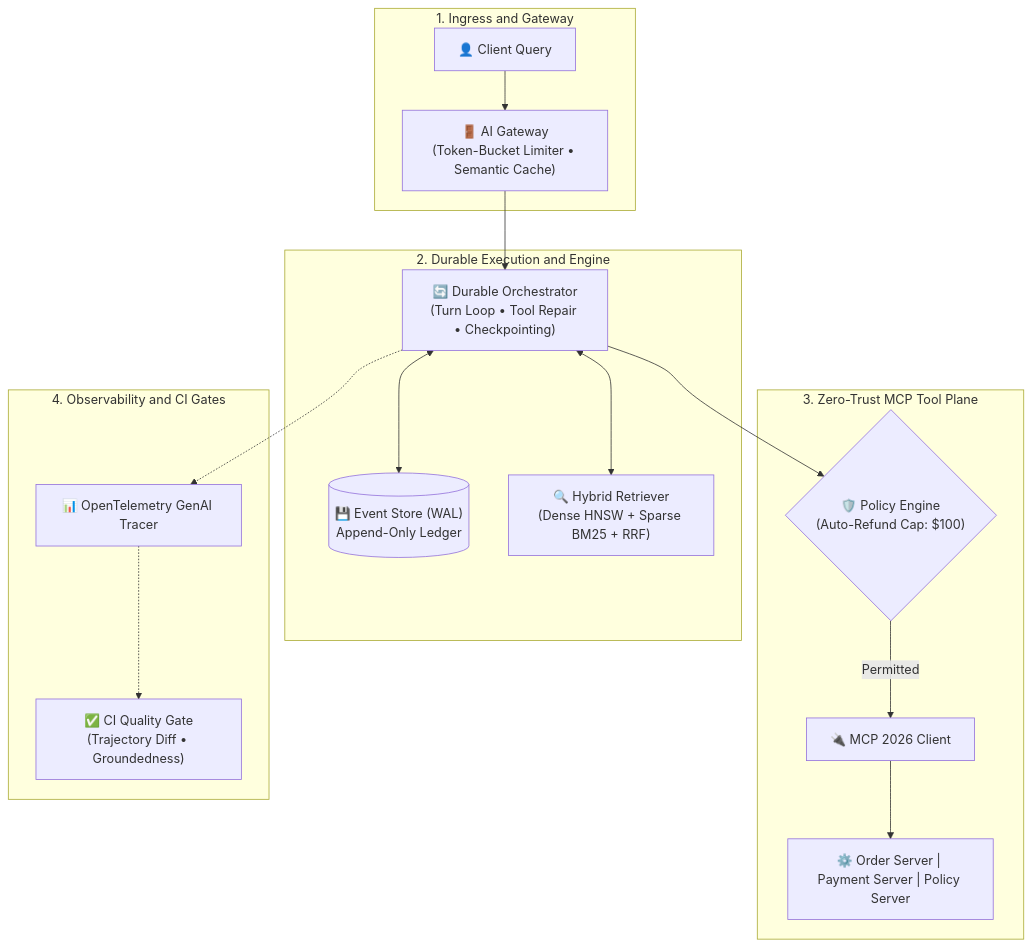
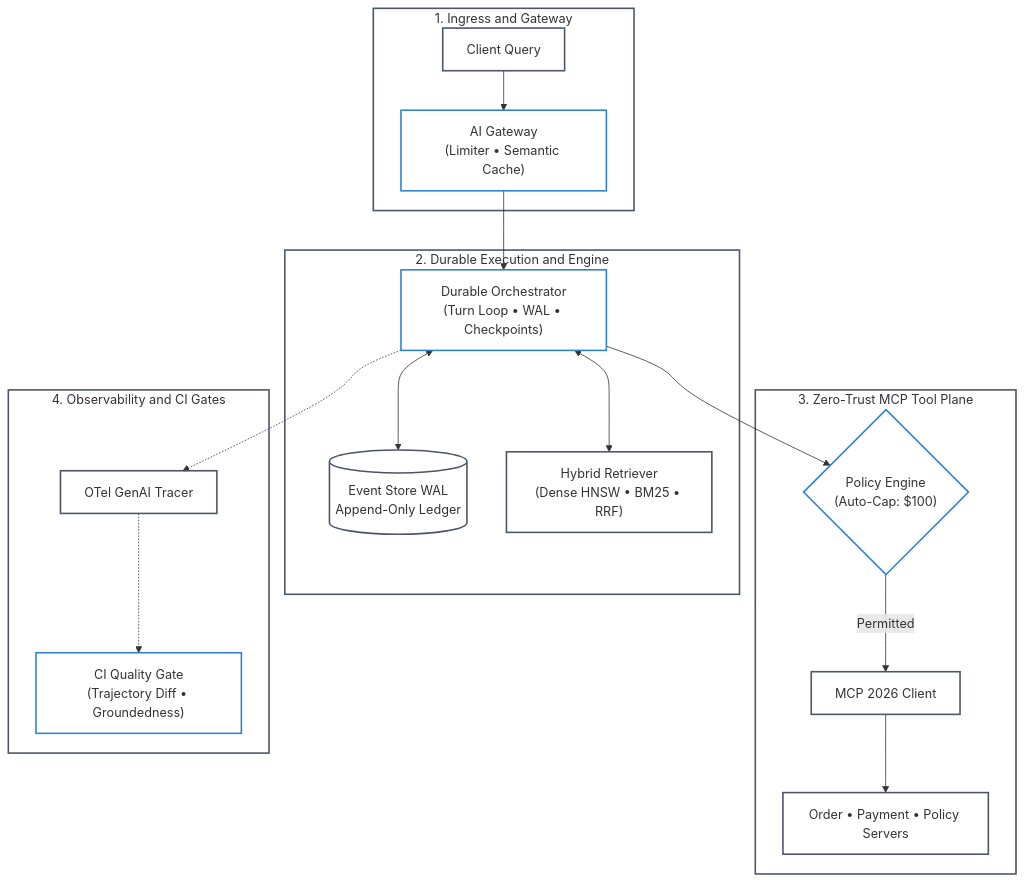
One commit to dip4k/senior-engineer-to-ai-engineer-roadmap changed the diagram in agent-forge/README.md. Above: the diagram before and after it, drawn with Mermaid. The commit also changed other lines of this file and 49 other files, not shown here.

First line of the commit message:
feat(curriculum): complete 2026 refactoring across roadmaps, use-cases, labs, and agent-forge

````diff
--- a/agent-forge/README.md
+++ b/agent-forge/README.md
@@ -32,23 +32,31 @@
 ```mermaid
 flowchart TD
+    classDef default fill:none,stroke:#4a5568,stroke-width:2px;
+    classDef highlight fill:none,stroke:#3182ce,stroke-width:2px;
+
     subgraph Ingress ["1. Ingress and Gateway"]
-        Query["👤 Client Query"] --> Gateway["🚪 AI Gateway<br>(Token-Bucket Limiter • Semantic Cache)"]
+        Query["Client Query"]:::default --> Gateway["AI Gateway<br>(Limiter • Semantic Cache)"]:::highlight
     end
 
     subgraph CorePlatform ["2. Durable Execution and Engine"]
-        Gateway --> Orchestrator["🔄 Durable Orchestrator<br>(Turn Loop • Tool Repair • Checkpointing)"]
-        Orchestrator <--> WAL[("💾 Event Store (WAL)<br>Append-Only Ledger")]
-        Orchestrator <--> HybridEngine["🔍 Hybrid Retriever<br>(Dense HNSW + Sparse BM25 + RRF)"]
+        Gateway --> Orchestrator["Durable Orchestrator<br>(Turn Loop • WAL • Checkpoints)"]:::highlight
+        Orchestrator <--> WAL[("Event Store WAL<br>Append-Only Ledger")]:::default
+        Orchestrator <--> HybridEngine["Hybrid Retriever<br>(Dense HNSW • BM25 • RRF)"]:::default
     end
 
     subgraph MCPPlane ["3. Zero-Trust MCP Tool Plane"]
-        Orchestrator --> PolicyEngine{"🛡️ Policy Engine<br>(Auto-Refund Cap: $100)"}
-        PolicyEngine -->|"Permitted"| MCPClient["🔌 MCP 2026 Client"]
-        MCPClient --> Tools["⚙️ Order Server | Payment Server | Policy Server"]
+        Orchestrator --> PolicyEngine{"Policy Engine<br>(Auto-Cap: $100)"}:::highlight
+        PolicyEngine -->|"Permitted"| MCPClient["MCP 2026 Client"]:::default
+        MCPClient --> Tools["Order • Payment • Policy Servers"]:::default
     end
 
     subgraph Governance ["4. Observability and CI Gates"]
-        Orchestrator -.-> OTel["📊 OpenTelemetry GenAI Tracer"]
-        OTel -.-> EvalGate["✅ CI Quality Gate<br>(Trajectory Diff • Groundedness)"]
+        Orchestrator -.-> OTel["OTel GenAI Tracer"]:::default
+        OTel -.-> EvalGate["CI Quality Gate<br>(Trajectory Diff • Groundedness)"]:::highlight
     end
+
+    style Ingress fill:none,stroke:#4a5568,stroke-width:2px;
+    style CorePlatform fill:none,stroke:#4a5568,stroke-width:2px;
+    style MCPPlane fill:none,stroke:#4a5568,stroke-width:2px;
+    style Governance fill:none,stroke:#4a5568,stroke-width:2px;
 ```
````
